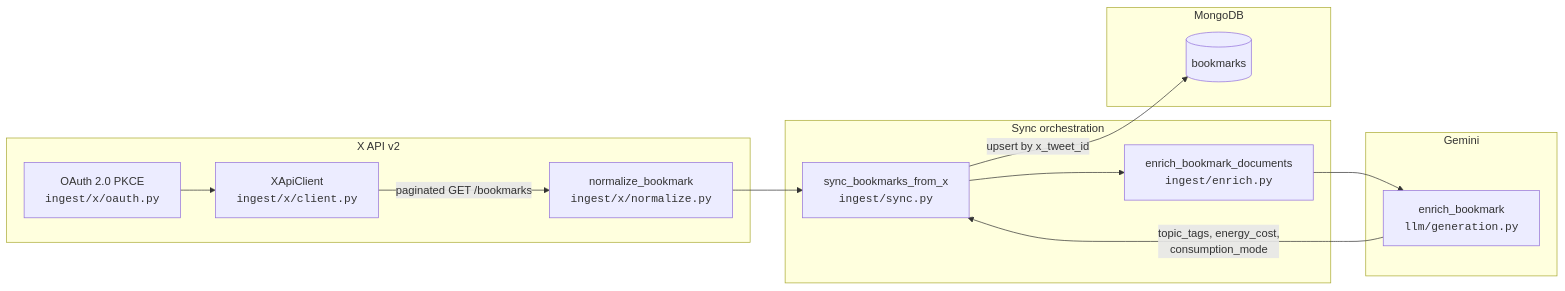
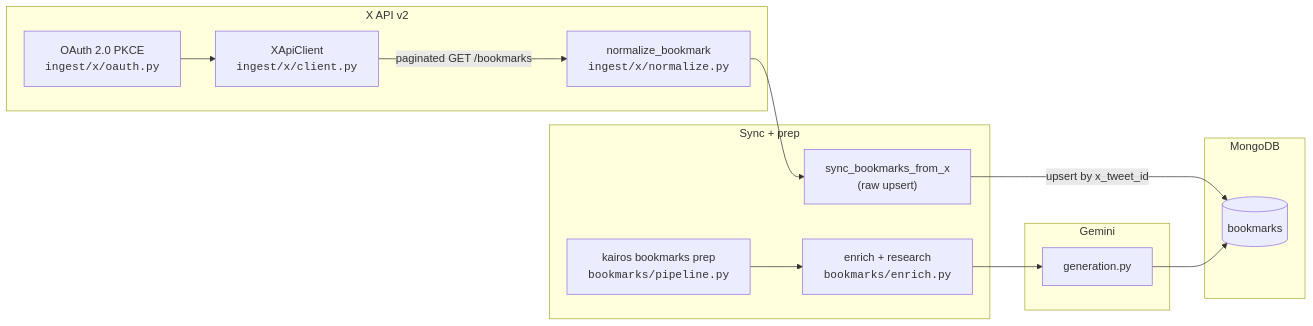
One commit to Sushmey/Kairos changed the second of 19 diagrams in docs/ARCHITECTURE.md. Above: the diagram before and after it, drawn with Mermaid. The commit also changed other lines of this file and 126 other files, not shown here.

First line of the commit message:
Land P0–P3 simplification: prep pipeline, jobs, GEPA, and demo readiness.

````diff
--- a/docs/ARCHITECTURE.md
+++ b/docs/ARCHITECTURE.md
@@ -88,29 +92,30 @@
 ```mermaid
 flowchart LR
     subgraph X["X API v2"]
         OAuth["OAuth 2.0 PKCE<br/><code>ingest/x/oauth.py</code>"]
         Client["XApiClient<br/><code>ingest/x/client.py</code>"]
         Norm["normalize_bookmark<br/><code>ingest/x/normalize.py</code>"]
     end
 
-    subgraph Sync["Sync orchestration"]
-        SyncFn["sync_bookmarks_from_x<br/><code>ingest/sync.py</code>"]
-        EnrichInline["enrich_bookmark_documents<br/><code>ingest/enrich.py</code>"]
+    subgraph Sync["Sync + prep"]
+        SyncFn["sync_bookmarks_from_x<br/>(raw upsert)"]
+        Prep["kairos bookmarks prep<br/><code>bookmarks/pipeline.py</code>"]
+        EnrichAPI["enrich + research<br/><code>bookmarks/enrich.py</code>"]
     end
 
     subgraph LLM["Gemini"]
-        EnrichAPI["enrich_bookmark<br/><code>llm/generation.py</code>"]
+        Gen["generation.py"]
     end
 
     subgraph Store["MongoDB"]
         BM[("bookmarks")]
     end
 
     OAuth --> Client
     Client -->|"paginated GET /bookmarks"| Norm
     Norm --> SyncFn
-    SyncFn --> EnrichInline
-    EnrichInline --> EnrichAPI
-    EnrichAPI -->|"topic_tags, energy_cost,<br/>consumption_mode"| SyncFn
     SyncFn -->|"upsert by x_tweet_id"| BM
+    Prep --> EnrichAPI
+    EnrichAPI --> Gen
+    Gen --> BM
 ```
````
